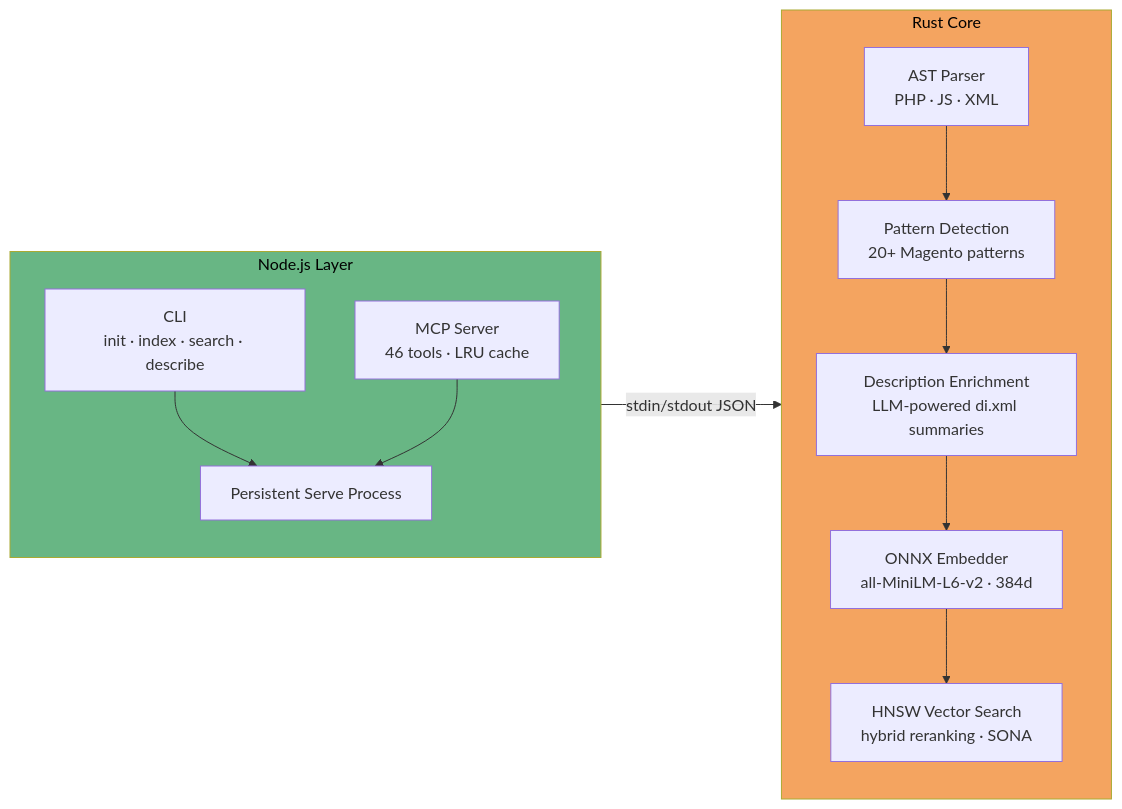
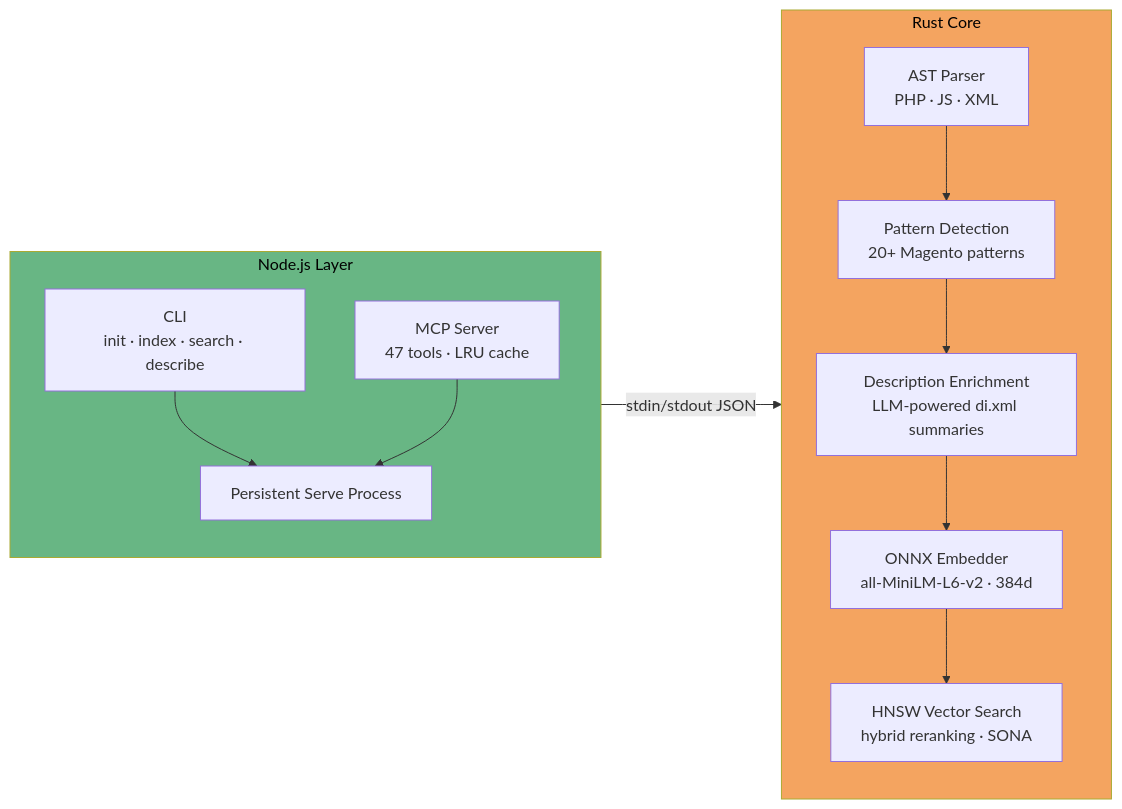
The first of 11 diagrams in README.md (krejcif/magector), drawn with Mermaid before and after one commit. The commit also changed other lines of this file and 3 other files, not shown here.

````diff
--- a/README.md
+++ b/README.md
@@ -68,26 +68,26 @@
 ```mermaid
 flowchart LR
   subgraph node ["Node.js Layer"]
     direction TB
     G["CLI<br/>init · index · search · describe"]
-    E["MCP Server<br/>46 tools · LRU cache"]
+    E["MCP Server<br/>47 tools · LRU cache"]
     F["Persistent Serve Process"]
     G --> F
     E --> F
   end
 
   F -->|"stdin/stdout JSON"| rust
 
   subgraph rust ["Rust Core"]
     direction TB
     A["AST Parser<br/>PHP · JS · XML"]
     B["Pattern Detection<br/>20+ Magento patterns"]
     B2["Description Enrichment<br/>LLM-powered di.xml summaries"]
     C["ONNX Embedder<br/>all-MiniLM-L6-v2 · 384d"]
     D["HNSW Vector Search<br/>hybrid reranking · SONA"]
     A --> B --> B2 --> C --> D
   end
 
   style rust fill:#f4a460,color:#000
   style node fill:#68b684,color:#000
 ```
````
